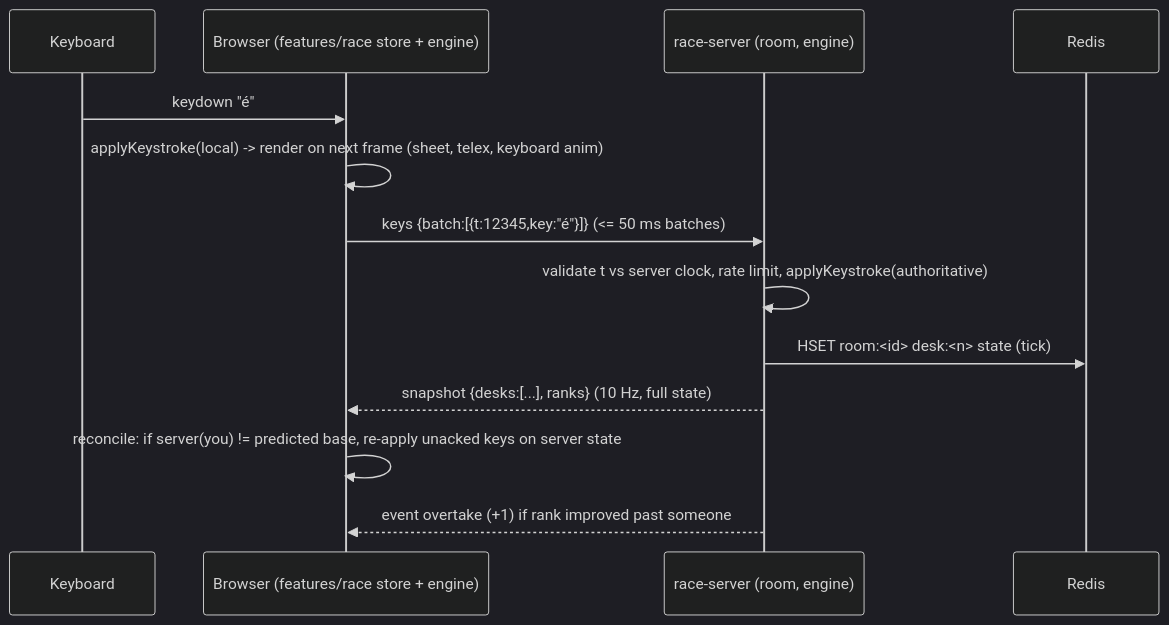
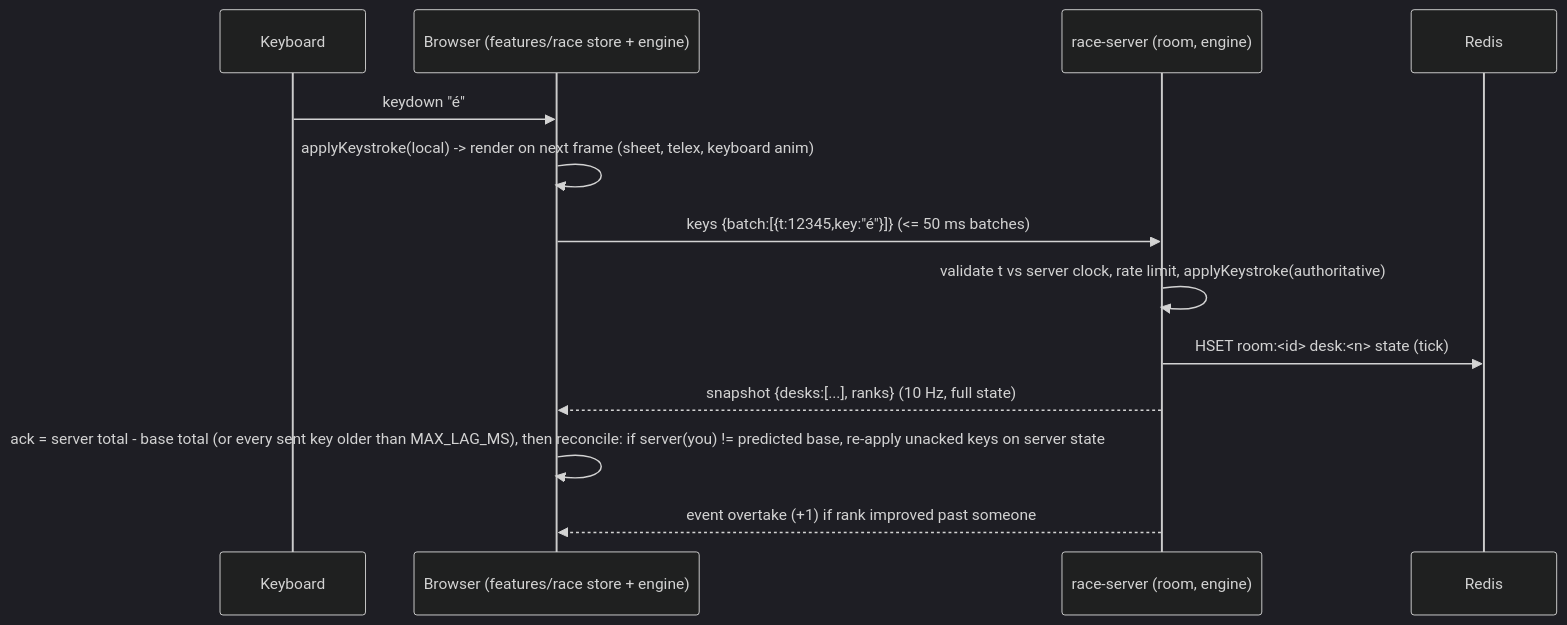
Before and after one commit to jimmy-razafindretsa/fifth-copy: the fourth of 6 diagrams in docs/architecture/ARCHITECTURE.md, drawn with Mermaid (dark theme). The commit also changed other lines of this file and 2 other files, not shown here.

First line of the commit message:
[#645] docs: snapshot tuple carries total (ARCHITECTURE 7.2, 7.3, 7.9; protocol and race-server READMEs)

````diff
--- a/docs/architecture/ARCHITECTURE.md
+++ b/docs/architecture/ARCHITECTURE.md
@@ -255,15 +255,15 @@
 ```mermaid
 sequenceDiagram
   participant K as Keyboard
   participant C as Browser (features/race store + engine)
   participant S as race-server (room, engine)
   participant R as Redis
   K->>C: keydown "é"
   C->>C: applyKeystroke(local) -> render on next frame (sheet, telex, keyboard anim)
   C->>S: keys {batch:[{t:12345,key:"é"}]} (<= 50 ms batches)
   S->>S: validate t vs server clock, rate limit, applyKeystroke(authoritative)
   S->>R: HSET room:<id> desk:<n> state (tick)
   S-->>C: snapshot {desks:[...], ranks} (10 Hz, full state)
-  C->>C: reconcile: if server(you) != predicted base, re-apply unacked keys on server state
+  C->>C: ack = server total - base total (or every sent key older than MAX_LAG_MS), then reconcile: if server(you) != predicted base, re-apply unacked keys on server state
   S-->>C: event overtake (+1) if rank improved past someone
 ```
````
